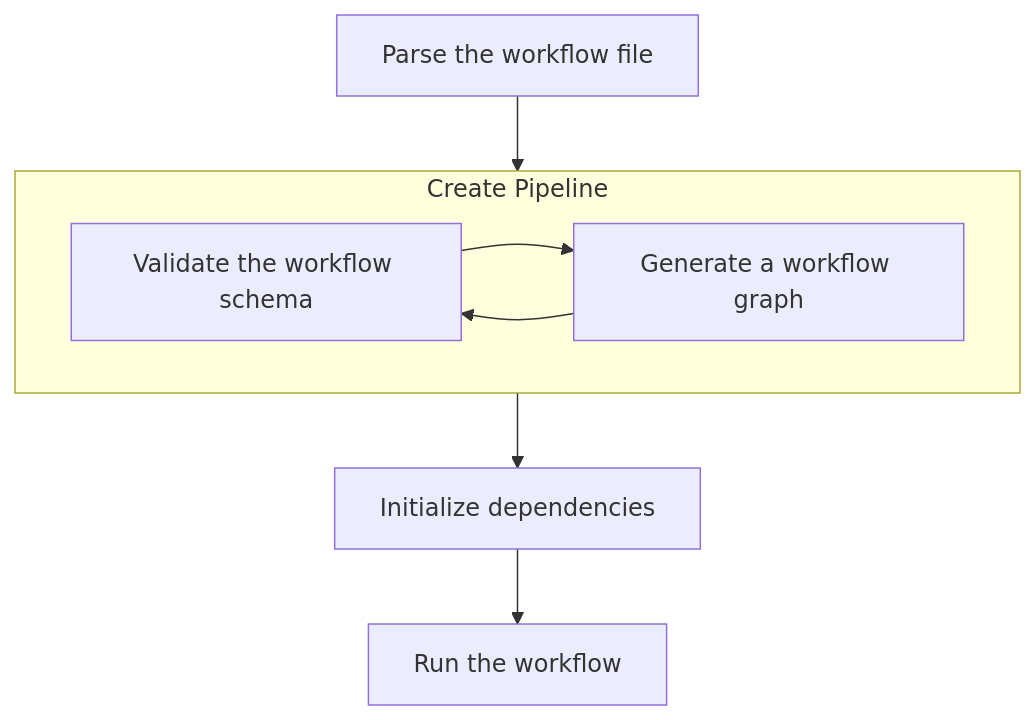
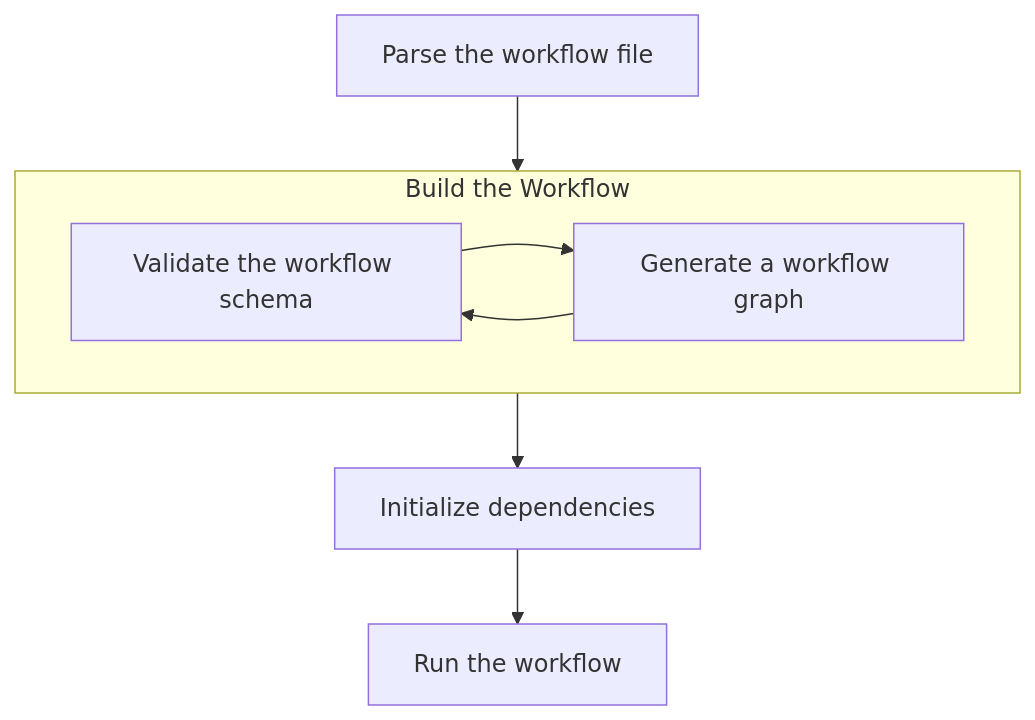
One commit to modelflux/modelflux changed the diagram in design/run-process.md. Above: the diagram before and after it, drawn with Mermaid. The commit also changed other lines of this file and 24 other files, not shown here.

````diff
--- a/design/run-process.md
+++ b/design/run-process.md
@@ -22,13 +22,13 @@
 ```mermaid
 graph TD;
     A[Parse the workflow file]
-    subgraph B ["Create Pipeline"]
+    subgraph B ["Build the Workflow"]
         direction LR 
         B1[Validate the workflow schema]
         B2[Generate a workflow graph]
         B1 --> B2 --> B1
     end
     C[Initialize dependencies]
     D[Run the workflow]
     A --> B --> C --> D
 ```
````
